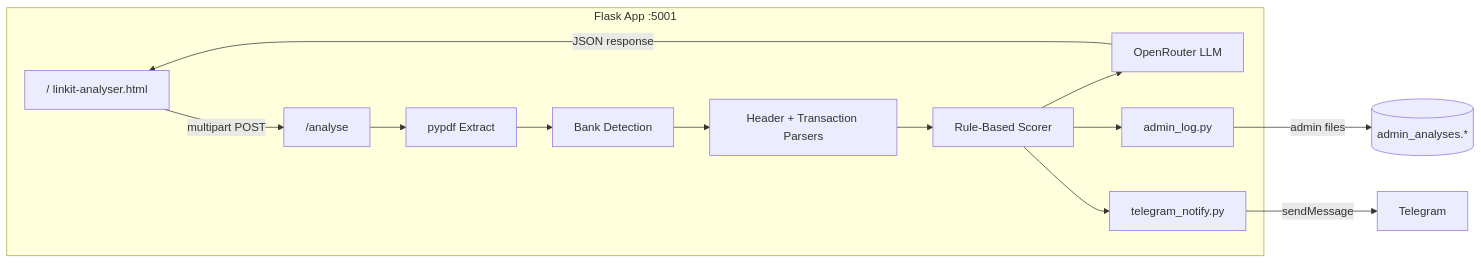
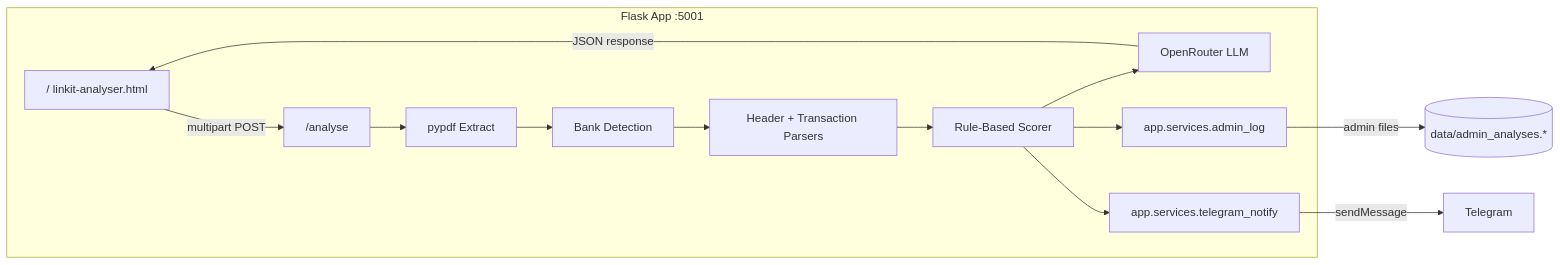
The diagram in README.md (westernmonkey/Bank-Statement-analyser-MVP), drawn with Mermaid before and after one commit. The commit also changed other lines of this file and 23 other files, not shown here.

First line of the commit message:
Restructure project into app/static/config/data layout.

````diff
--- a/README.md
+++ b/README.md
@@ -78,23 +78,23 @@
 ```mermaid
 flowchart LR
     subgraph App["Flask App :5001"]
         UI["/  linkit-analyser.html"]
         API["/analyse"]
         PDF[pypdf Extract]
         DET[Bank Detection]
         PAR[Header + Transaction Parsers]
         SCR[Rule-Based Scorer]
         LLM[OpenRouter LLM]
-        ADM[admin_log.py]
-        TG[telegram_notify.py]
+        ADM[app.services.admin_log]
+        TG[app.services.telegram_notify]
     end
 
     UI -->|multipart POST| API
     API --> PDF --> DET --> PAR --> SCR
     SCR --> LLM
     SCR --> ADM
     SCR --> TG
     LLM -->|JSON response| UI
-    ADM -->|admin files| LOG[(admin_analyses.*)]
+    ADM -->|admin files| LOG[(data/admin_analyses.*)]
     TG -->|sendMessage| BOT[Telegram]
 ```
````
